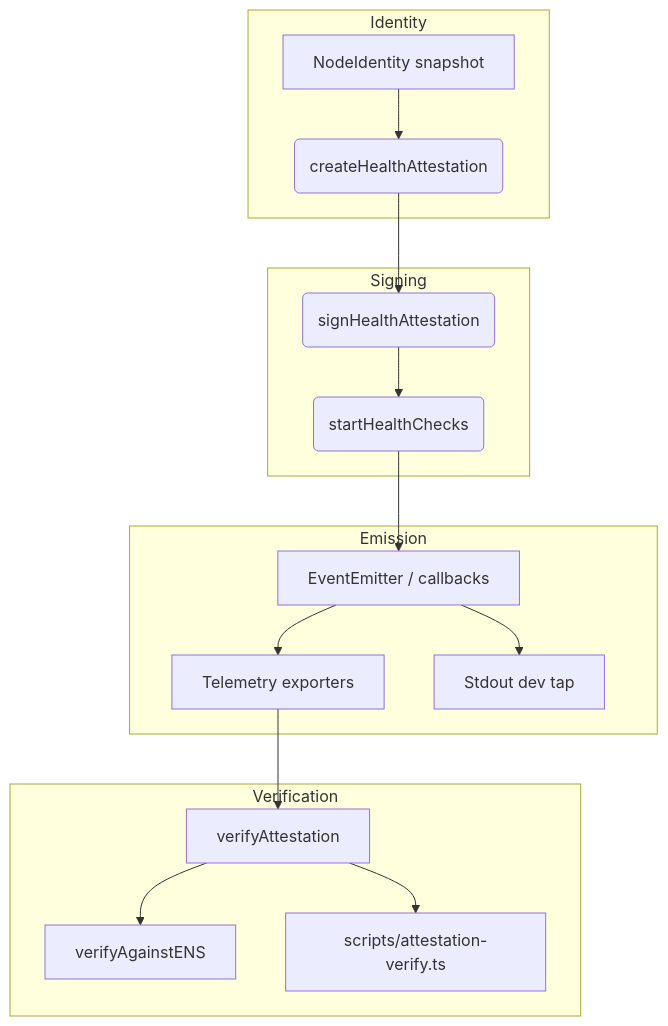
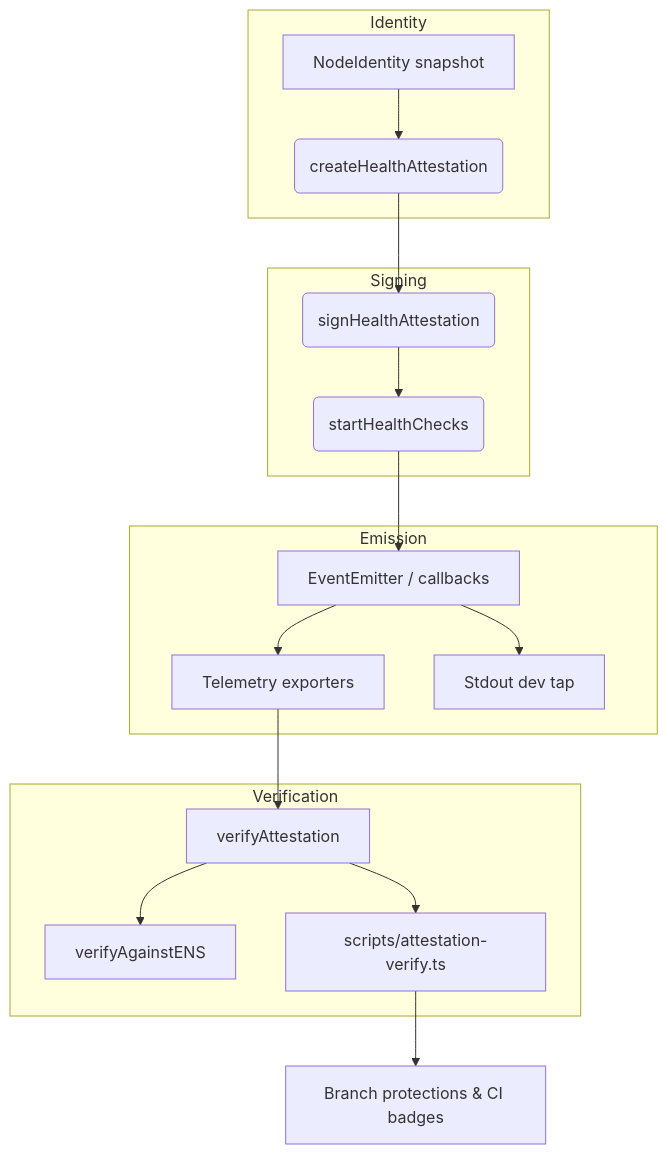
Before and after one commit to MontrealAI/AGI-Alpha-Node-v0: the fifth of 7 diagrams in README.md, drawn with Mermaid. The commit also changed other lines of this file, not shown here.

````diff
--- a/README.md
+++ b/README.md
@@ -170,20 +171,21 @@
 ```mermaid
 flowchart TD
   subgraph Identity
     A[NodeIdentity snapshot] --> B(createHealthAttestation)
   end
   subgraph Signing
     B --> C(signHealthAttestation)
     C --> D(startHealthChecks)
   end
   subgraph Emission
     D --> E[EventEmitter / callbacks]
     E --> F[Telemetry exporters]
-    E --> G[Stdout dev tap]
+  E --> G[Stdout dev tap]
   end
   subgraph Verification
     F --> H[verifyAttestation]
     H --> I[verifyAgainstENS]
     H --> J[scripts/attestation-verify.ts]
   end
+  J --> K[Branch protections & CI badges]
 ```
````
